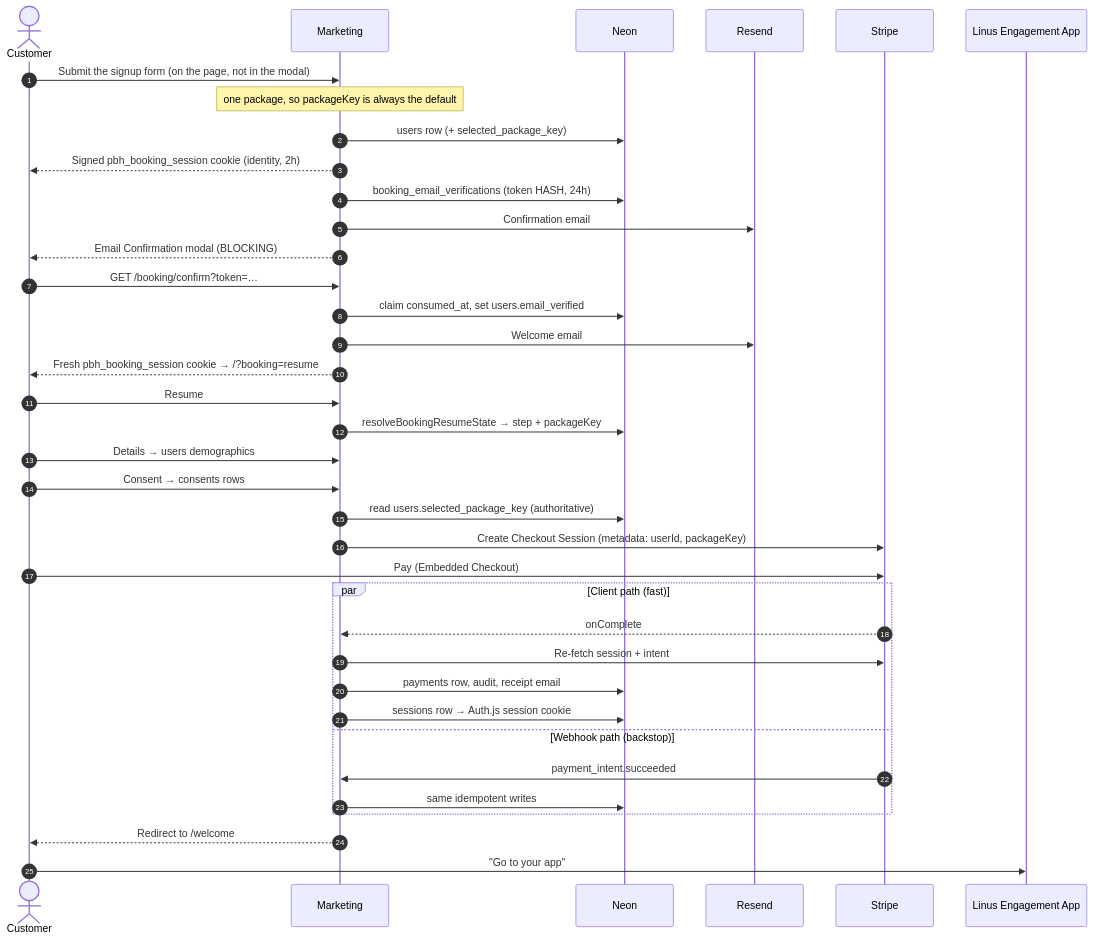
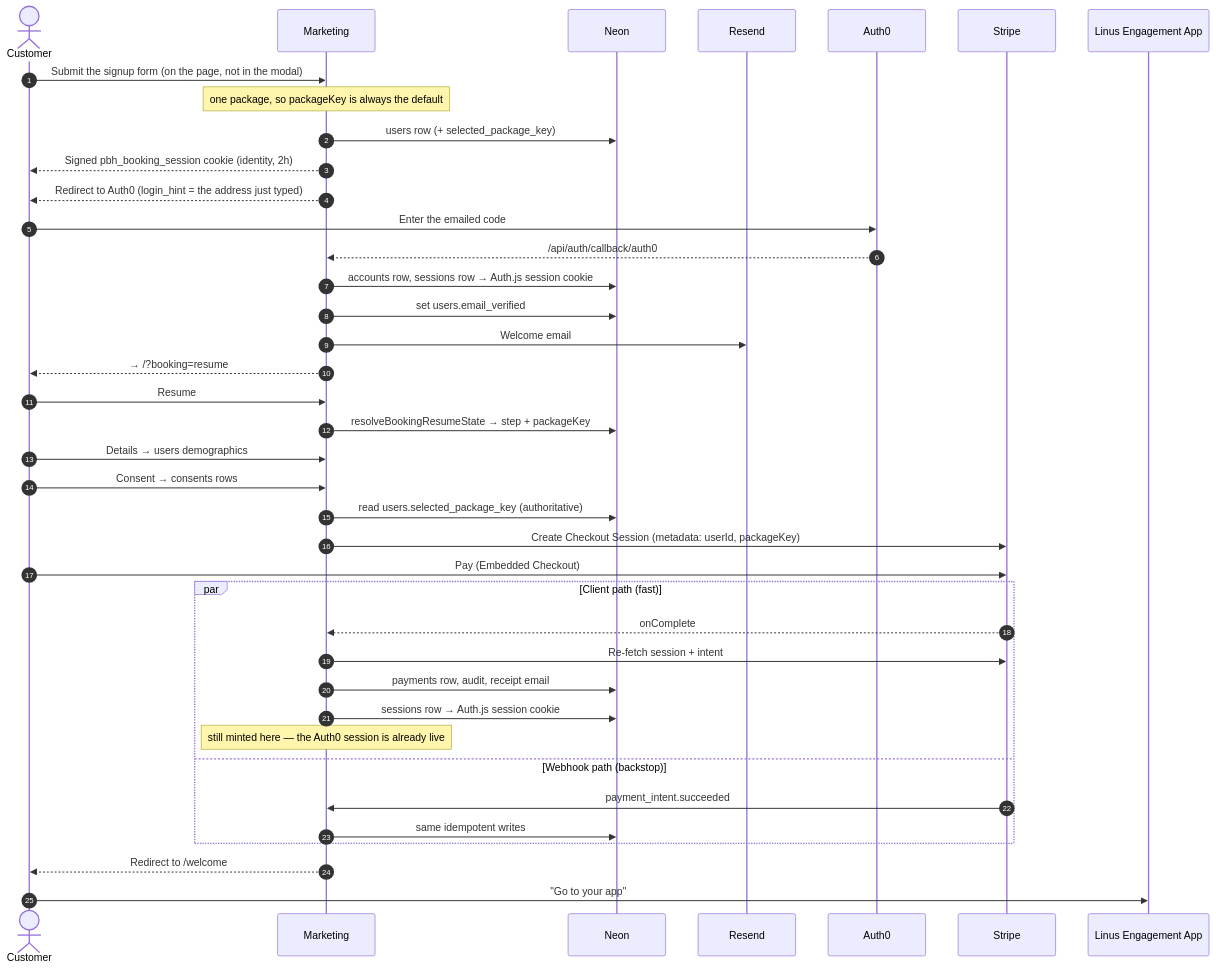
One commit to dbates-commits/primary-brain-health changed the first of 2 diagrams in docs/booking-flow.md. Above: the diagram before and after it, drawn with Mermaid. The commit also changed other lines of this file and 21 other files, not shown here.

````diff
--- a/docs/booking-flow.md
+++ b/docs/booking-flow.md
@@ -45,45 +74,47 @@
 ```mermaid
 sequenceDiagram
     autonumber
     actor C as Customer
     participant M as Marketing
     participant DB as Neon
     participant R as Resend
+    participant A as Auth0
     participant S as Stripe
     participant E as Linus Engagement App
 
     C->>M: Submit the signup form (on the page, not in the modal)
     Note over M: one package, so packageKey is always the default
     M->>DB: users row (+ selected_package_key)
     M-->>C: Signed pbh_booking_session cookie (identity, 2h)
-    M->>DB: booking_email_verifications (token HASH, 24h)
-    M->>R: Confirmation email
-    M-->>C: Email Confirmation modal (BLOCKING)
+    M-->>C: Redirect to Auth0 (login_hint = the address just typed)
 
-    C->>M: GET /booking/confirm?token=…
-    M->>DB: claim consumed_at, set users.email_verified
+    C->>A: Enter the emailed code
+    A-->>M: /api/auth/callback/auth0
+    M->>DB: accounts row, sessions row → Auth.js session cookie
+    M->>DB: set users.email_verified
     M->>R: Welcome email
-    M-->>C: Fresh pbh_booking_session cookie → /?booking=resume
+    M-->>C: → /?booking=resume
 
     C->>M: Resume
     M->>DB: resolveBookingResumeState → step + packageKey
     C->>M: Details → users demographics
     C->>M: Consent → consents rows
 
     M->>DB: read users.selected_package_key (authoritative)
     M->>S: Create Checkout Session (metadata: userId, packageKey)
     C->>S: Pay (Embedded Checkout)
 
     par Client path (fast)
         S-->>M: onComplete
         M->>S: Re-fetch session + intent
         M->>DB: payments row, audit, receipt email
         M->>DB: sessions row → Auth.js session cookie
+        Note over M: still minted here — the Auth0 session is already live
     and Webhook path (backstop)
         S->>M: payment_intent.succeeded
         M->>DB: same idempotent writes
     end
 
     M-->>C: Redirect to /welcome
     C->>E: "Go to your app"
 ```
````
